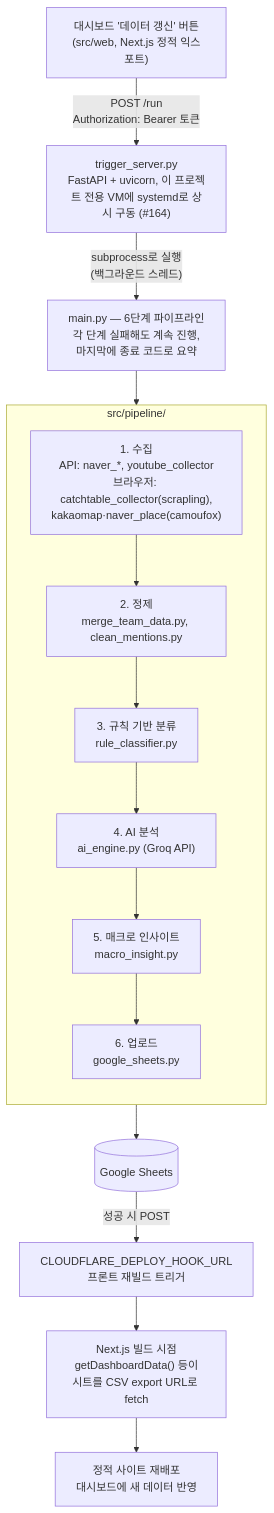
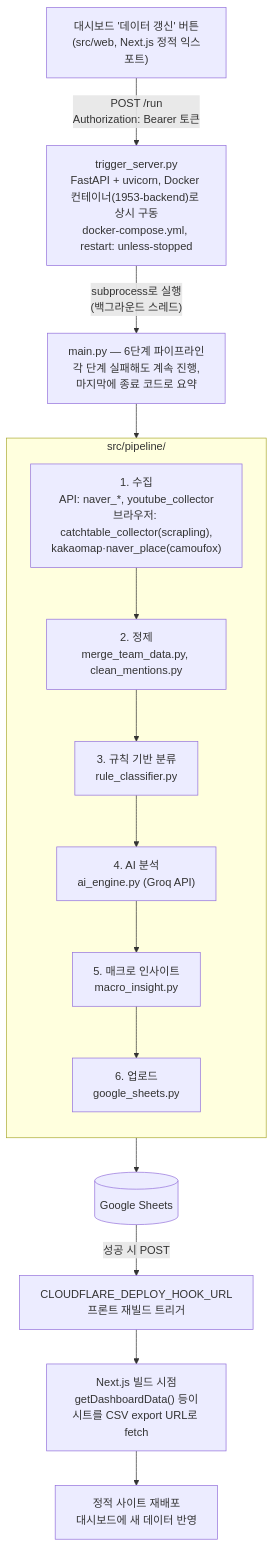
One commit to mindulle/WorkExperience_1953 changed the first of 3 diagrams in docs/mentor-infra-handoff.md. Above: the diagram before and after it, drawn with Mermaid. The commit also changed other lines of this file and 23 other files, not shown here.

````diff
--- a/docs/mentor-infra-handoff.md
+++ b/docs/mentor-infra-handoff.md
@@ -10,24 +10,24 @@
 ```mermaid
 flowchart TD
     A["대시보드 '데이터 갱신' 버튼<br/>(src/web, Next.js 정적 익스포트)"]
-    B["trigger_server.py<br/>FastAPI + uvicorn, 이 프로젝트 전용 VM에 systemd로 상시 구동 (#164)"]
+    B["trigger_server.py<br/>FastAPI + uvicorn, Docker 컨테이너(1953-backend)로 상시 구동<br/>docker-compose.yml, restart: unless-stopped"]
     A -->|"POST /run<br/>Authorization: Bearer 토큰"| B
     B -->|"subprocess로 실행<br/>(백그라운드 스레드)"| M["main.py — 6단계 파이프라인<br/>각 단계 실패해도 계속 진행,<br/>마지막에 종료 코드로 요약"]
 
     subgraph P["src/pipeline/"]
         direction TB
         S1["1. 수집<br/>API: naver_*, youtube_collector<br/>브라우저: catchtable_collector(scrapling),<br/>kakaomap·naver_place(camoufox)"]
         S2["2. 정제<br/>merge_team_data.py, clean_mentions.py"]
         S3["3. 규칙 기반 분류<br/>rule_classifier.py"]
         S4["4. AI 분석<br/>ai_engine.py (Groq API)"]
         S5["5. 매크로 인사이트<br/>macro_insight.py"]
         S6["6. 업로드<br/>google_sheets.py"]
         S1 --> S2 --> S3 --> S4 --> S5 --> S6
     end
 
     M --> S1
     S6 --> D[("Google Sheets")]
     D -->|"성공 시 POST"| H["CLOUDFLARE_DEPLOY_HOOK_URL<br/>프론트 재빌드 트리거"]
     H --> F["Next.js 빌드 시점<br/>getDashboardData() 등이<br/>시트를 CSV export URL로 fetch"]
     F --> G["정적 사이트 재배포<br/>대시보드에 새 데이터 반영"]
 ```
````
